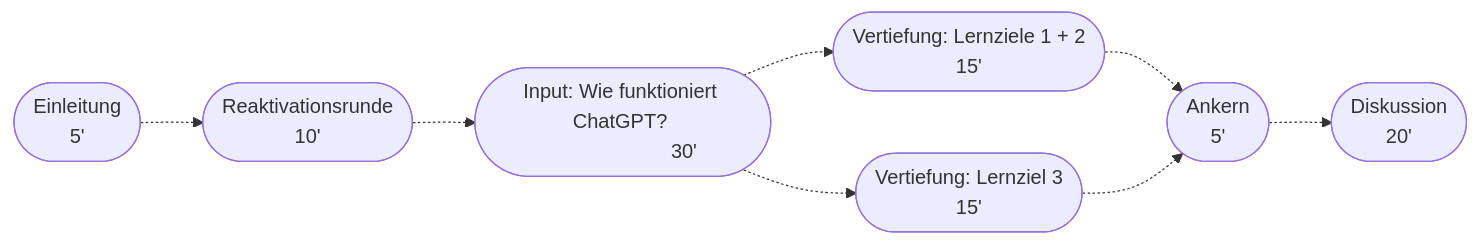
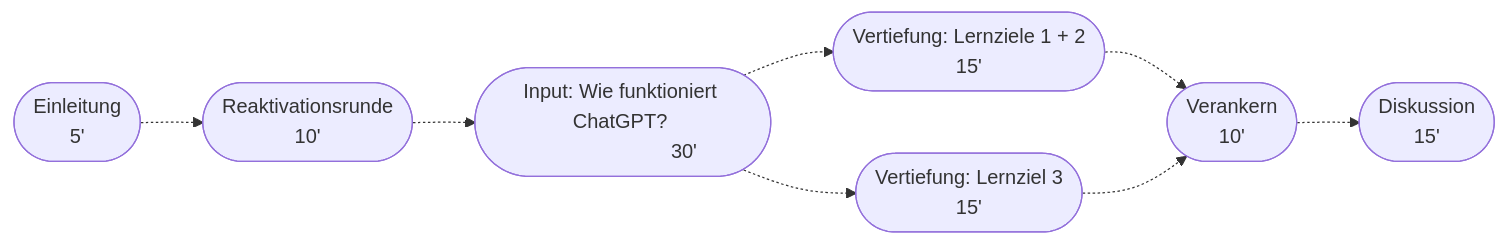
Before and after one commit to virtuelleakademie/gpt-nano: the diagram in pages/index.qmd, drawn with Mermaid. The commit also changed other lines of this file and 34 other files, not shown here.

````diff
--- a/pages/index.qmd
+++ b/pages/index.qmd
@@ -33,18 +34,18 @@
 ```{mermaid}
 flowchart LR
   A(["Einleitung
             5'"]) 
   A -.-> B(["Reaktivationsrunde 
                       10'"]) 
   B -.-> C(["Input: Wie funktioniert ChatGPT? 
                       30'"])
   C -.-> D(["Vertiefung: Lernziele 1 + 2 
                       15'"]) 
   C -.-> E(["Vertiefung: Lernziel 3 
                         15'"]) 
-  D -.-> F(["Ankern 
-                5'"]) 
+  D -.-> F(["Verankern 
+                10'"]) 
   E -.-> F
   F -.-> G(["Diskussion 
-            20'"])
+            15'"])
 ```
````
